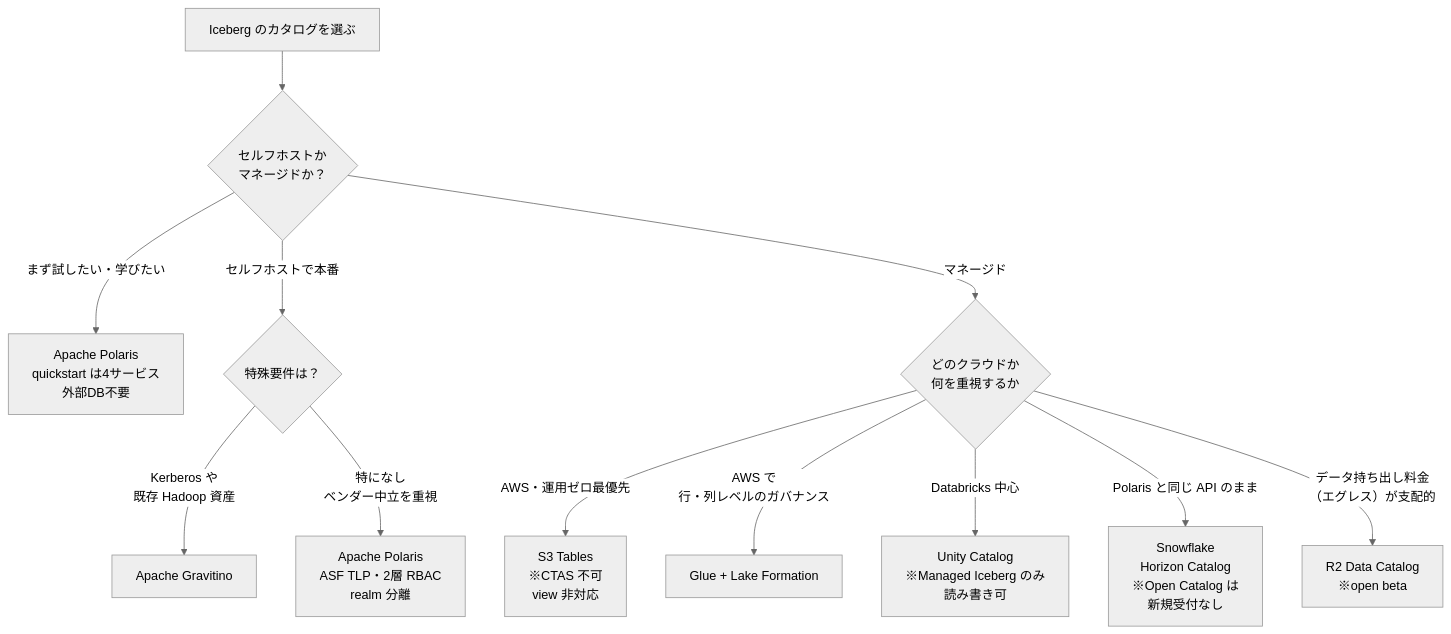
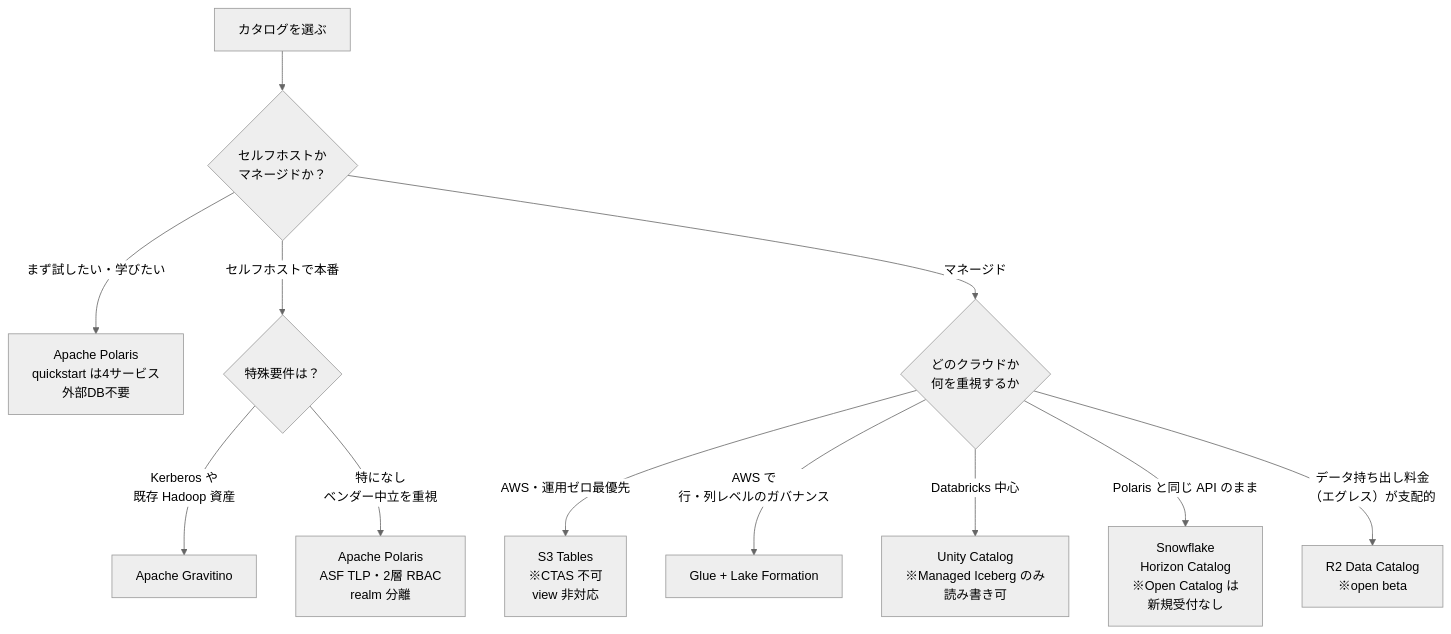
The second of 3 diagrams in docs/08-decision-guide.md (dobachi/iceberg-research), drawn with Mermaid (neutral theme) before and after one commit. The commit also changed other lines of this file and 2 other files, not shown here.

First line of the commit message:
Quarto で Mermaid 図が描画されない問題を修正

````diff
--- a/docs/08-decision-guide.md
+++ b/docs/08-decision-guide.md
@@ -56,17 +56,17 @@
 ```mermaid
 flowchart TD
-    S["Iceberg のカタログを選ぶ"] --> Q1{"セルフホストか<br/>マネージドか？"}
+    S["カタログを選ぶ"] --> Q1{"セルフホストか<br/>マネージドか？"}
 
     Q1 -->|"まず試したい・学びたい"| PO1["Apache Polaris<br/>quickstart は4サービス<br/>外部DB不要"]
 
     Q1 -->|"セルフホストで本番"| Q2{"特殊要件は？"}
     Q2 -->|"Kerberos や<br/>既存 Hadoop 資産"| GR["Apache Gravitino"]
     Q2 -->|"特になし<br/>ベンダー中立を重視"| PO2["Apache Polaris<br/>ASF TLP・2層 RBAC<br/>realm 分離"]
 
     Q1 -->|"マネージド"| Q3{"どのクラウドか<br/>何を重視するか"}
     Q3 -->|"AWS・運用ゼロ最優先"| S3T["S3 Tables<br/>※CTAS 不可<br/>view 非対応"]
     Q3 -->|"AWS で<br/>行・列レベルのガバナンス"| GL["Glue + Lake Formation"]
     Q3 -->|"Databricks 中心"| UC["Unity Catalog<br/>※Managed Iceberg のみ<br/>読み書き可"]
     Q3 -->|"Polaris と同じ API のまま"| HZ["Snowflake<br/>Horizon Catalog<br/>※Open Catalog は<br/>新規受付なし"]
     Q3 -->|"データ持ち出し料金<br/>（エグレス）が支配的"| R2["R2 Data Catalog<br/>※open beta"]
 ```
````
